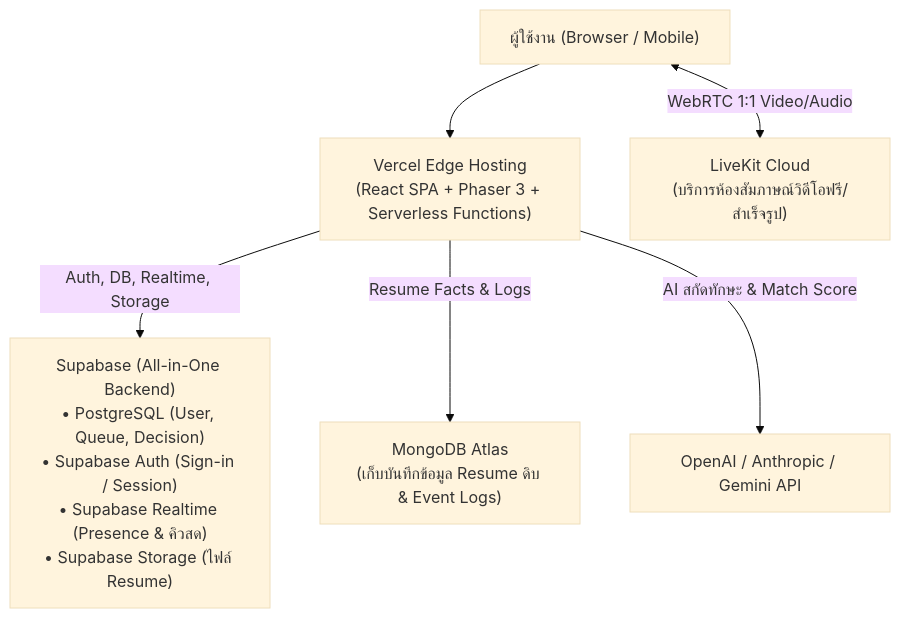
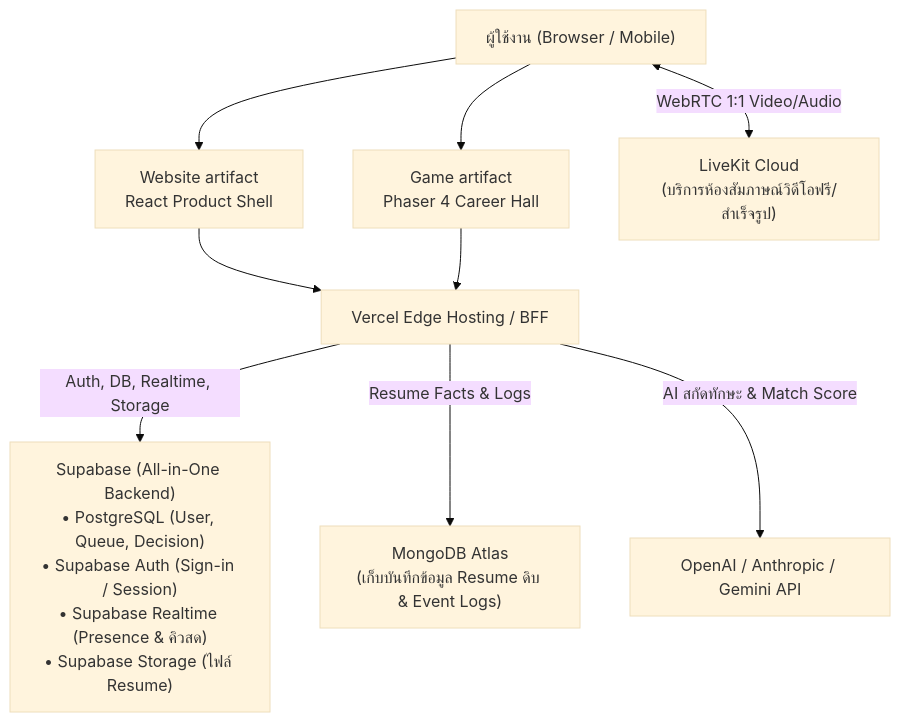
Before and after one commit to ctrlaltnate/MM-HKT-REV2: the diagram in docs/08-production-and-publish/production-deployment-guide.md, drawn with Mermaid (base theme). The commit also changed other lines of this file and 82 other files, not shown here.

````diff
--- a/docs/08-production-and-publish/production-deployment-guide.md
+++ b/docs/08-production-and-publish/production-deployment-guide.md
@@ -9,12 +10,15 @@
 ```mermaid
 flowchart TB
-    USER["ผู้ใช้งาน (Browser / Mobile)"] --> VERCEL["Vercel Edge Hosting\n(React SPA + Phaser 3 + Serverless Functions)"]
-    
+    USER["ผู้ใช้งาน (Browser / Mobile)"] --> WEB["Website artifact\nReact Product Shell"]
+    USER --> GAME["Game artifact\nPhaser 4 Career Hall"]
+    WEB --> VERCEL["Vercel Edge Hosting / BFF"]
+    GAME --> VERCEL
+
     VERCEL -->|"Auth, DB, Realtime, Storage"| SUPABASE["Supabase (All-in-One Backend)\n• PostgreSQL (User, Queue, Decision)\n• Supabase Auth (Sign-in / Session)\n• Supabase Realtime (Presence & คิวสด)\n• Supabase Storage (ไฟล์ Resume)"]
-    
+
     VERCEL -->|"Resume Facts & Logs"| MONGO["MongoDB Atlas\n(เก็บบันทึกข้อมูล Resume ดิบ & Event Logs)"]
-    
+
     VERCEL -->|"AI สกัดทักษะ & Match Score"| OPENAI["OpenAI / Anthropic / Gemini API"]
-    
+
     USER <-->|"WebRTC 1:1 Video/Audio"| LIVEKIT["LiveKit Cloud\n(บริการห้องสัมภาษณ์วิดีโอฟรี/สำเร็จรูป)"]
 ```
````
